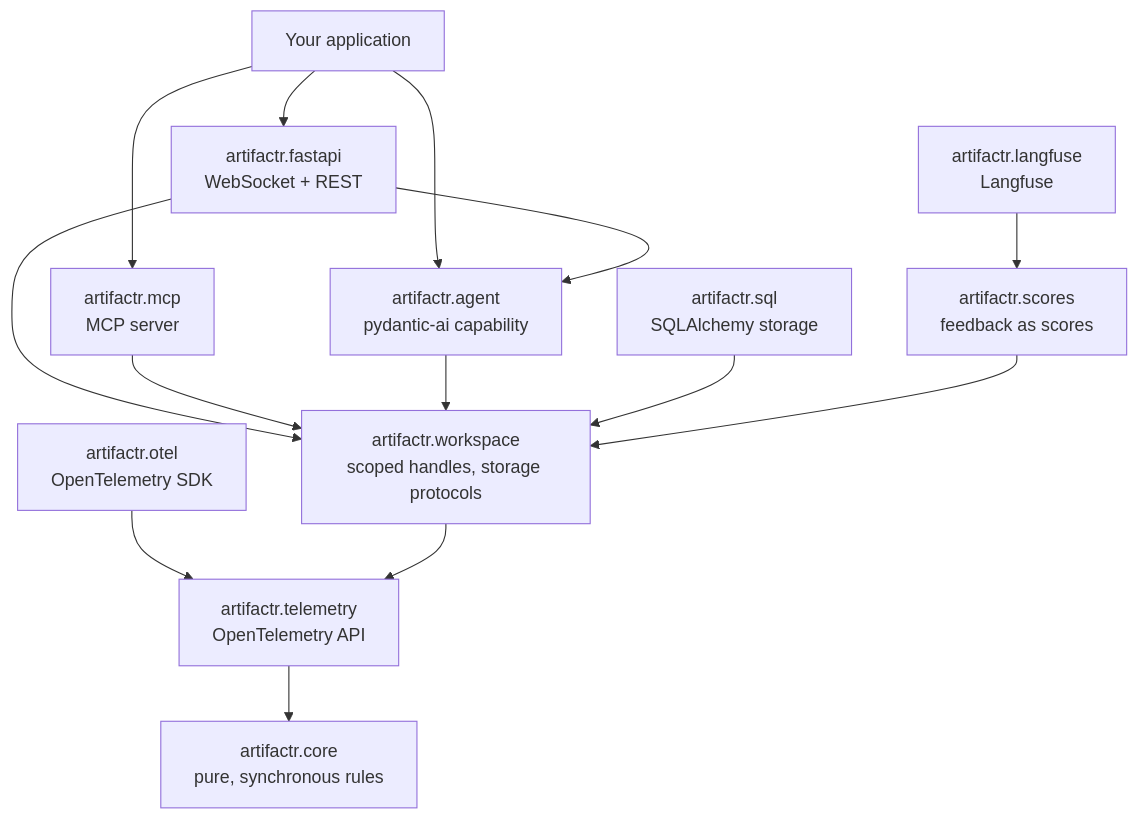
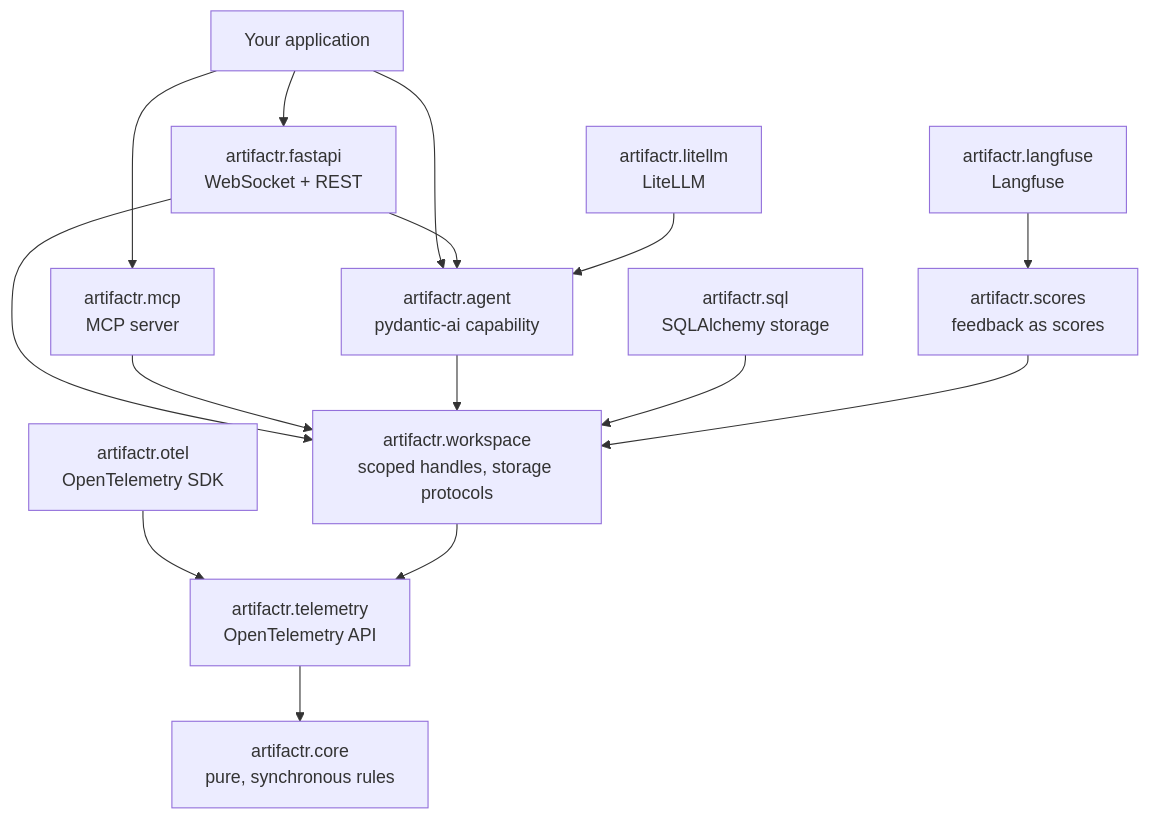
Before and after one commit to alexnodeland/artifactr: the first of 3 diagrams in docs/architecture.md, drawn with Mermaid. The commit also changed other lines of this file and 18 other files, not shown here.

First line of the commit message:
feat(litellm): route agents through a LiteLLM proxy, with typed guardrail blocks (#34)

````diff
--- a/docs/architecture.md
+++ b/docs/architecture.md
@@ -53,16 +53,17 @@
 ```mermaid
 graph TD
     app["Your application"] --> fastapi["artifactr.fastapi<br/>WebSocket + REST"]
     app --> mcp["artifactr.mcp<br/>MCP server"]
     app --> agent
     fastapi --> agent["artifactr.agent<br/>pydantic-ai capability"]
     fastapi --> workspace
     mcp --> workspace
     agent --> workspace["artifactr.workspace<br/>scoped handles, storage protocols"]
     sql["artifactr.sql<br/>SQLAlchemy storage"] --> workspace
     scores["artifactr.scores<br/>feedback as scores"] --> workspace
     otel["artifactr.otel<br/>OpenTelemetry SDK"] --> telemetry
     langfuse["artifactr.langfuse<br/>Langfuse"] --> scores
+    litellm["artifactr.litellm<br/>LiteLLM"] --> agent
     workspace --> telemetry["artifactr.telemetry<br/>OpenTelemetry API"]
     telemetry --> core["artifactr.core<br/>pure, synchronous rules"]
 ```
````
